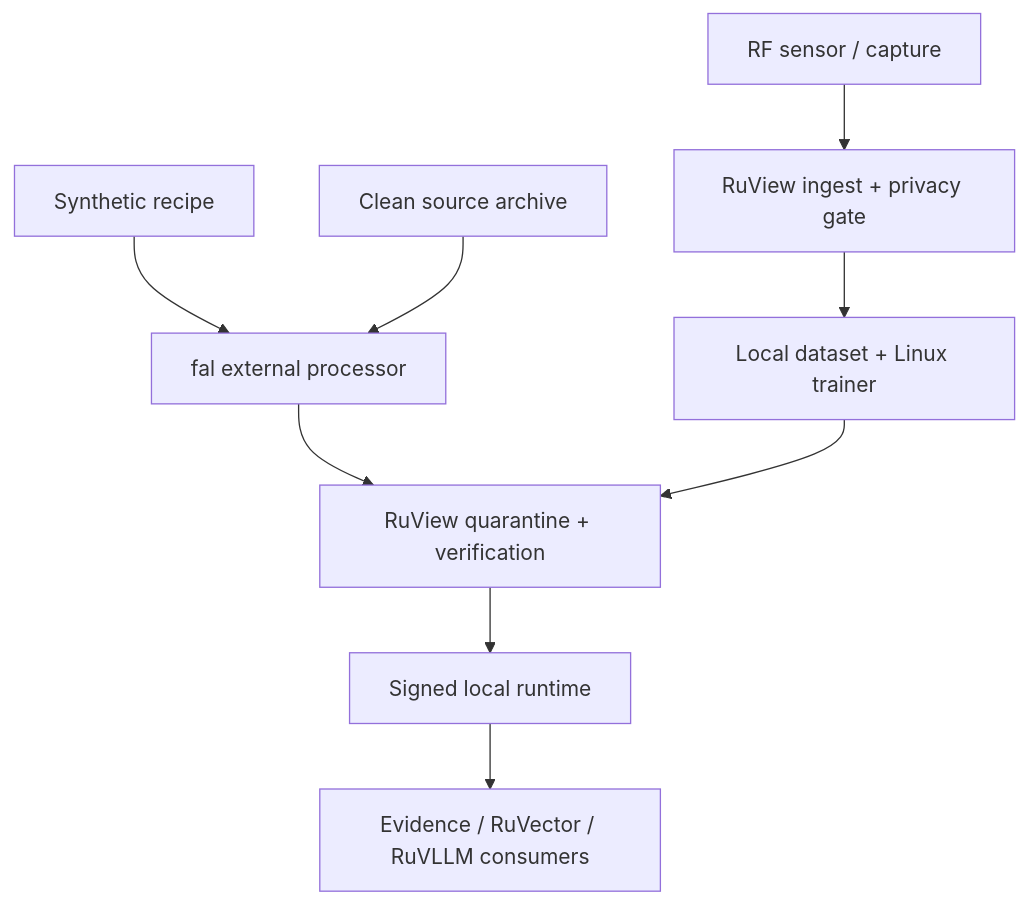
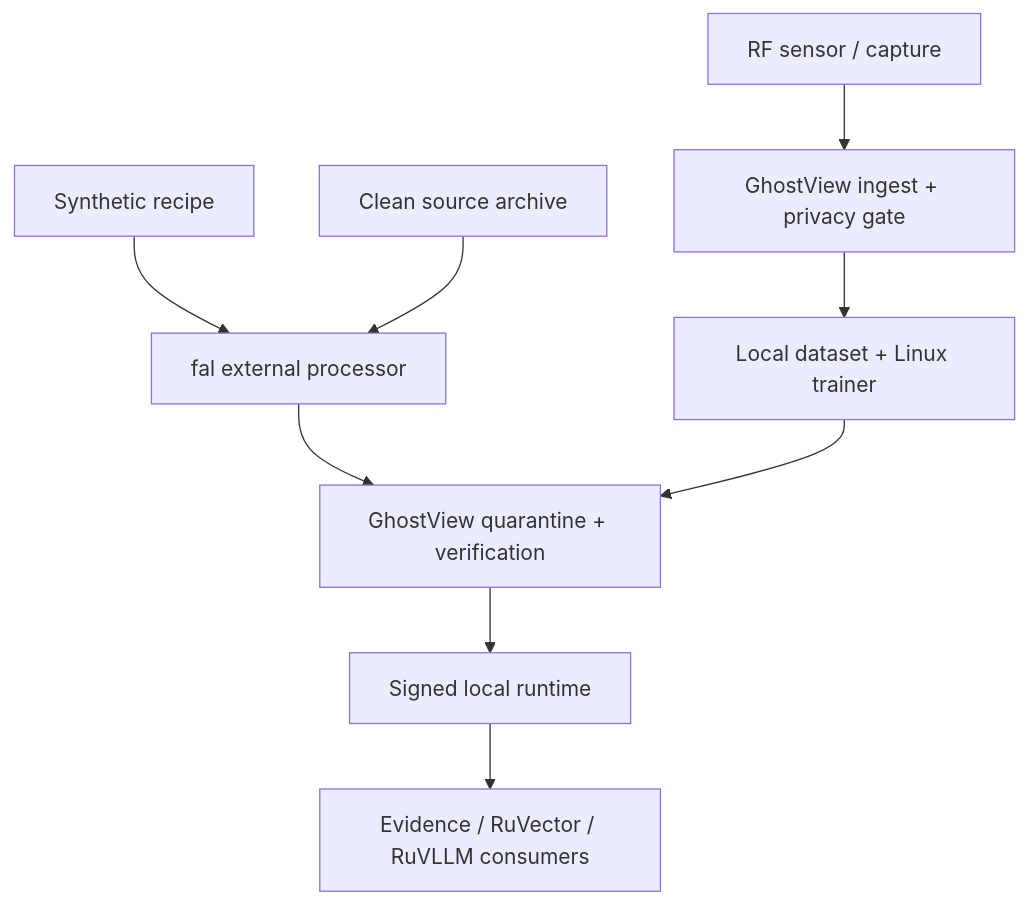
Before and after one commit to Ghostfreakxx/3dmap-wartime-visual3dvideo: the diagram in docs/security/ruview-forecast-threat-model.md, drawn with Mermaid. The commit also changed other lines of this file and 110 other files, not shown here.

First line of the commit message:
Rebrand visible project name to GhostView

````diff
--- a/docs/security/ruview-forecast-threat-model.md
+++ b/docs/security/ruview-forecast-threat-model.md
@@ -288,11 +288,11 @@
 ```mermaid
 flowchart TD
-    S["RF sensor / capture"] --> I["RuView ingest + privacy gate"]
+    S["RF sensor / capture"] --> I["GhostView ingest + privacy gate"]
     I --> L["Local dataset + Linux trainer"]
     G["Synthetic recipe"] --> F["fal external processor"]
     C["Clean source archive"] --> F
-    F --> Q["RuView quarantine + verification"]
+    F --> Q["GhostView quarantine + verification"]
     L --> Q
     Q --> R["Signed local runtime"]
     R --> D["Evidence / RuVector / RuVLLM consumers"]
 ```
````
